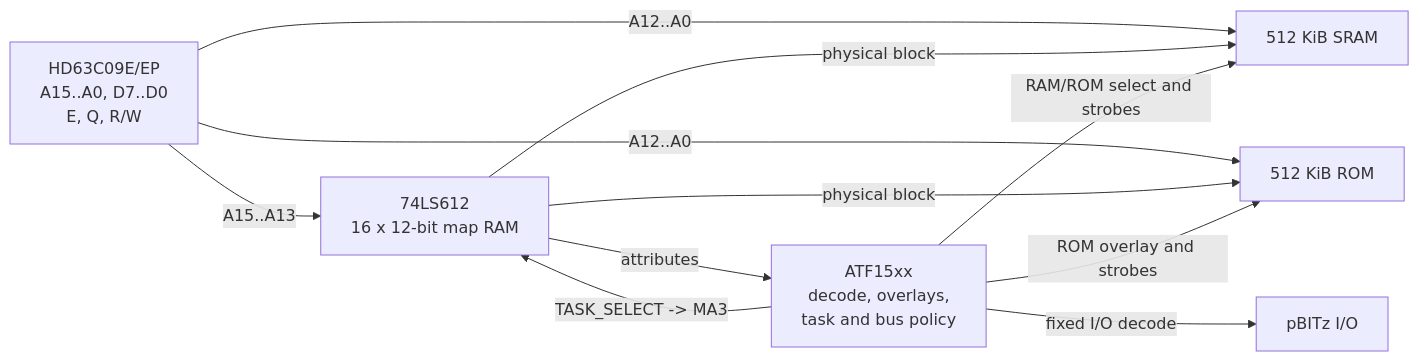
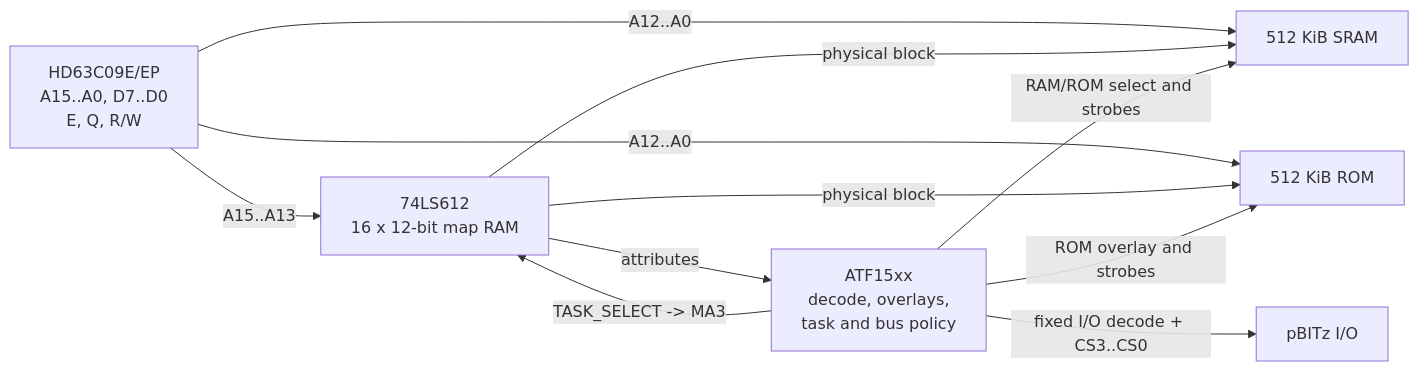
One commit to dumaiss/Espresso-09 changed the diagram in Architecture.md. Above: the diagram before and after it, drawn with Mermaid. The commit also changed other lines of this file, not shown here.

````diff
--- a/Architecture.md
+++ b/Architecture.md
@@ -35,20 +35,20 @@
 ```mermaid
 flowchart LR
     CPU["HD63C09E/EP<br/>A15..A0, D7..D0<br/>E, Q, R/W"]
     MAP["74LS612<br/>16 x 12-bit map RAM"]
     CPLD["ATF15xx<br/>decode, overlays,<br/>task and bus policy"]
     RAM["512 KiB SRAM"]
     ROM["512 KiB ROM"]
     IO["pBITz I/O"]
 
     CPU -->|"A15..A13"| MAP
     CPLD -->|"TASK_SELECT -> MA3"| MAP
     CPU -->|"A12..A0"| RAM
     CPU -->|"A12..A0"| ROM
     MAP -->|"physical block"| RAM
     MAP -->|"physical block"| ROM
     MAP -->|"attributes"| CPLD
     CPLD -->|"RAM/ROM select and strobes"| RAM
     CPLD -->|"ROM overlay and strobes"| ROM
-    CPLD -->|"fixed I/O decode"| IO
+    CPLD -->|"fixed I/O decode + CS3..CS0"| IO
 ```
````
